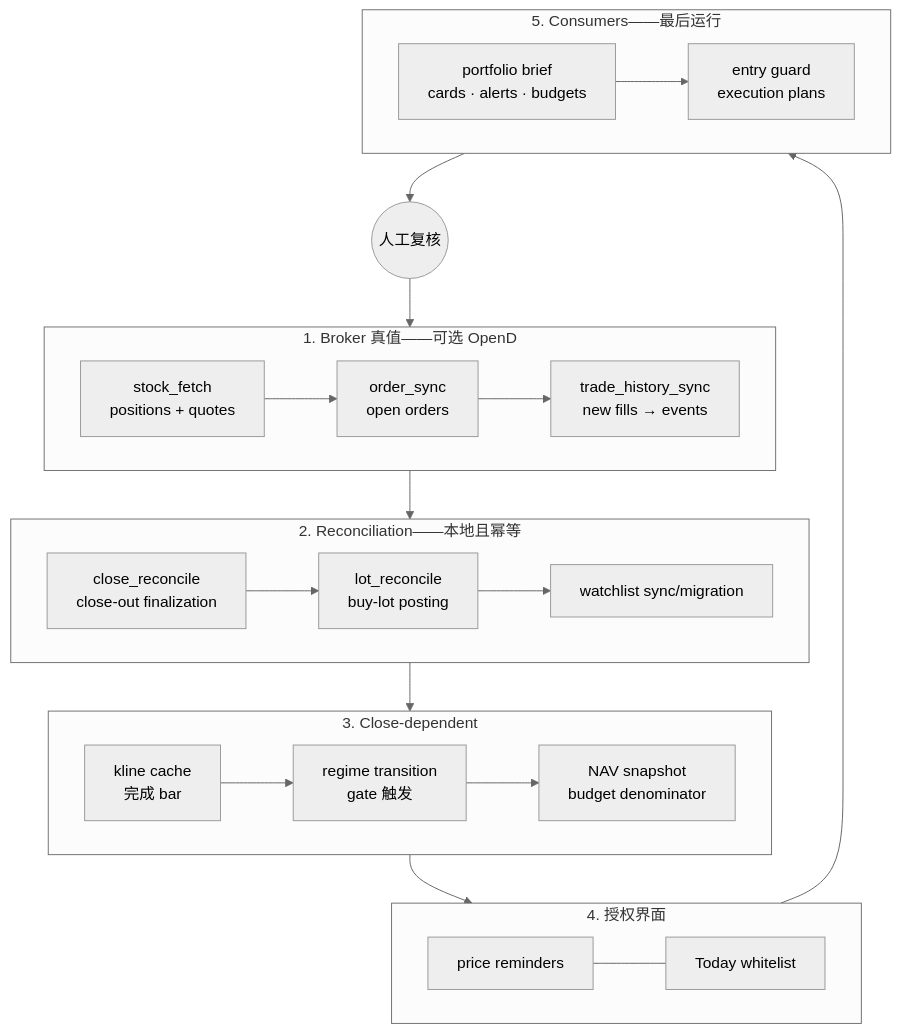
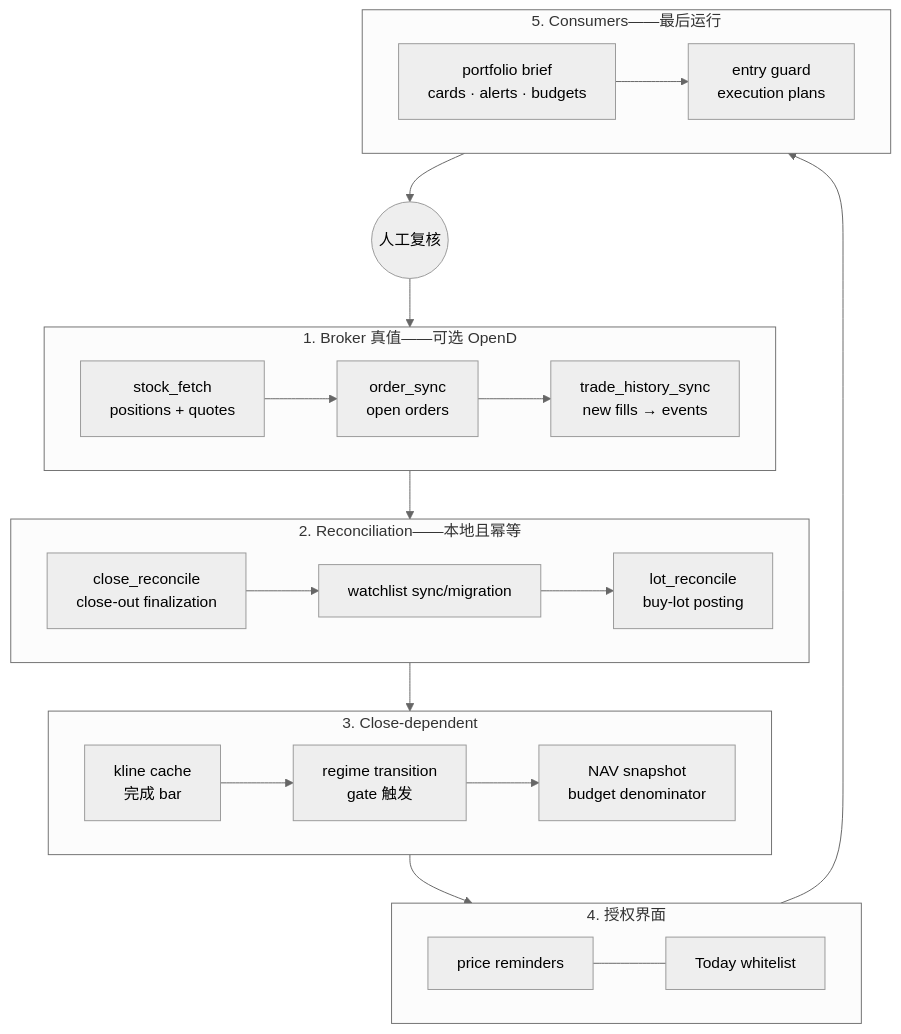
Before and after one commit to Coreychen4444/coreytrading: the fifth of 5 diagrams in README_CN.md, drawn with Mermaid (neutral theme). The commit also changed other lines of this file and 19 other files, not shown here.

````diff
--- a/README_CN.md
+++ b/README_CN.md
@@ -400,25 +400,25 @@
 ```mermaid
 flowchart TD
     subgraph S1["1. Broker 真值——可选 OpenD"]
         direction LR
         P1["stock_fetch<br/>positions + quotes"] --> P2["order_sync<br/>open orders"] --> P3["trade_history_sync<br/>new fills → events"]
     end
     subgraph S2["2. Reconciliation——本地且幂等"]
         direction LR
-        P4["close_reconcile<br/>close-out finalization"] --> P5["lot_reconcile<br/>buy-lot posting"] --> P6["watchlist sync/migration"]
+        P4["close_reconcile<br/>close-out finalization"] --> P5["watchlist sync/migration"] --> P6["lot_reconcile<br/>buy-lot posting"]
     end
     subgraph S3["3. Close-dependent"]
         direction LR
         P7["kline cache<br/>完成 bar"] --> P8["regime transition<br/>gate 触发"] --> P9["NAV snapshot<br/>budget denominator"]
     end
     subgraph S4["4. 授权界面"]
         direction LR
         P10["price reminders"] --- P11["Today whitelist"]
     end
     subgraph S5["5. Consumers——最后运行"]
         direction LR
         P12["portfolio brief<br/>cards · alerts · budgets"] --> P13["entry guard<br/>execution plans"]
     end
     S1 --> S2 --> S3 --> S4 --> S5
     S5 --> H(("人工复核")) --> S1
 ```
````
